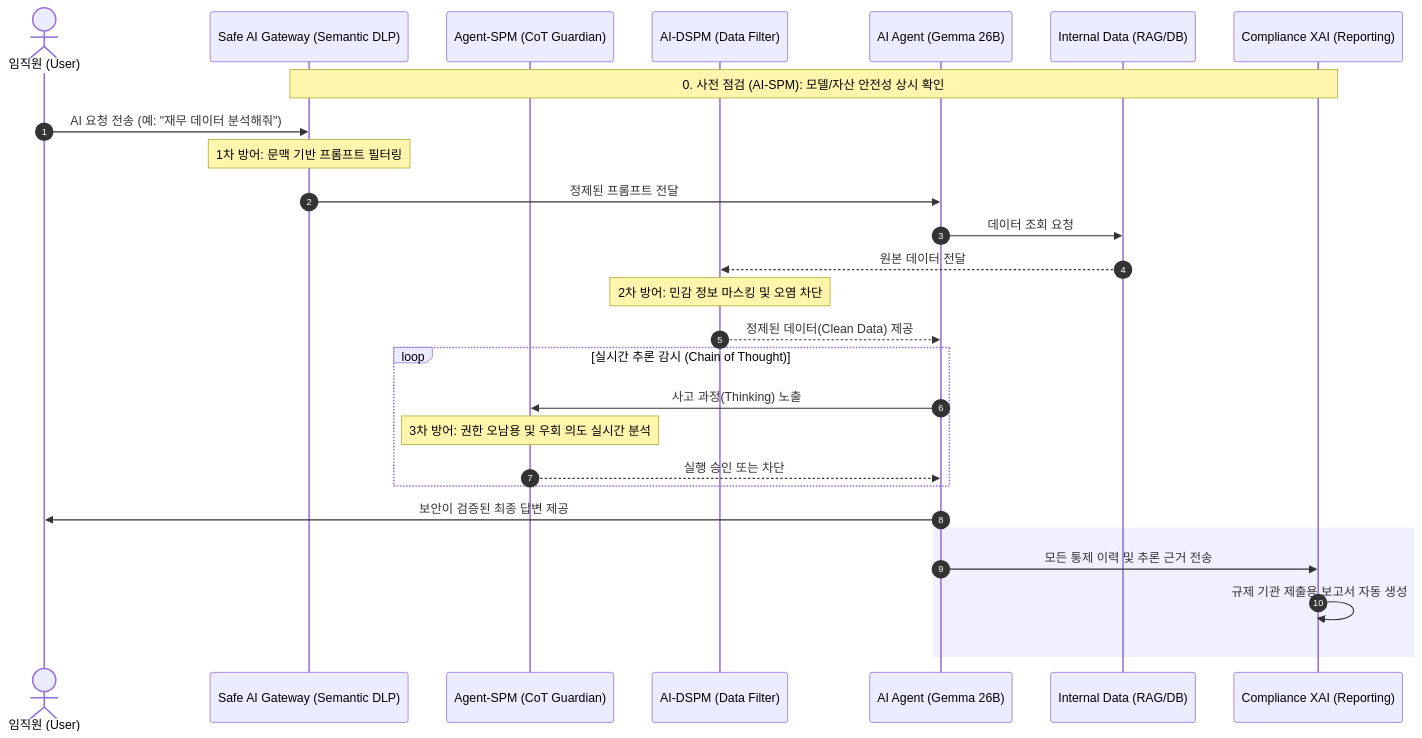
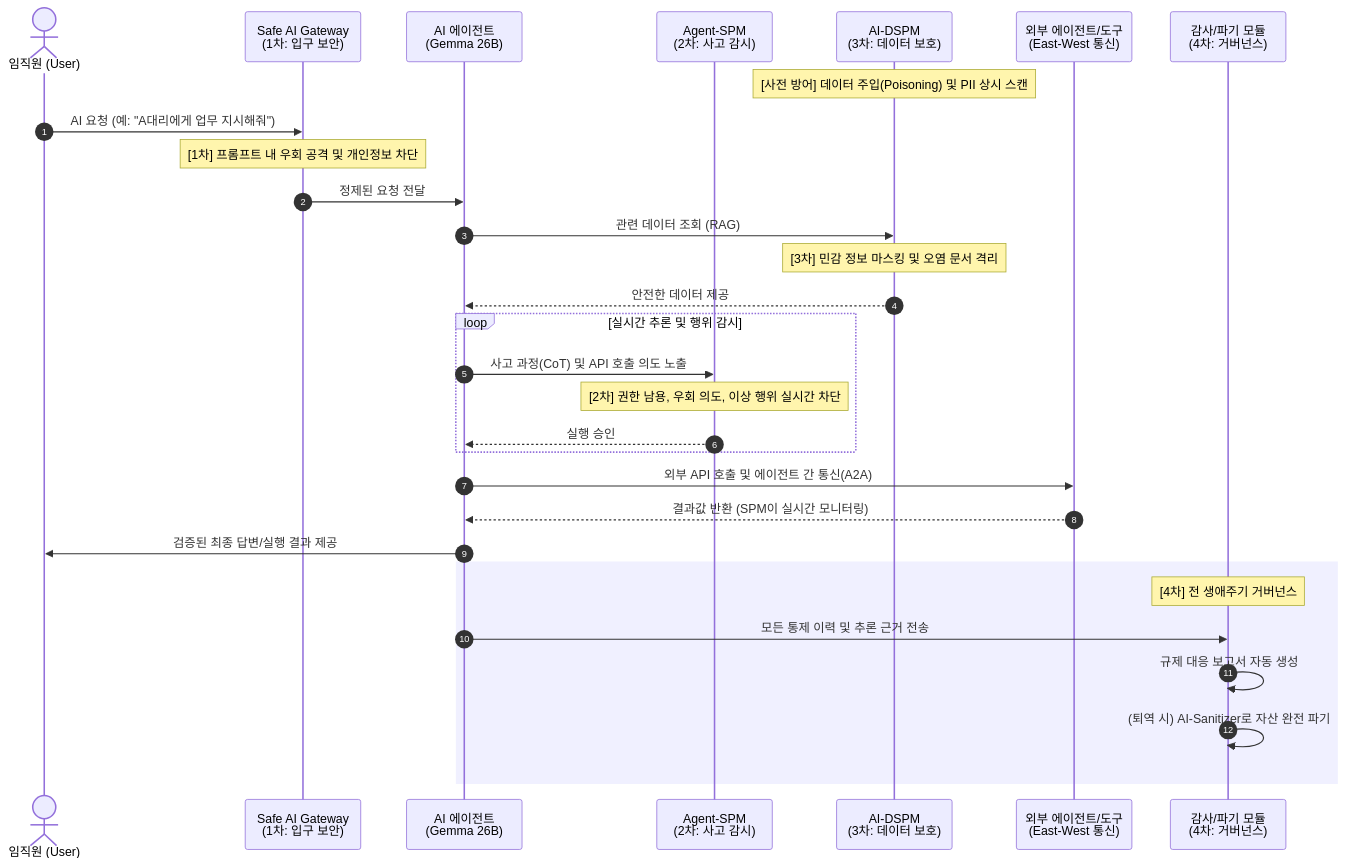
Before and after one commit to flyngcoq/ai_project: the first of 2 diagrams in 40_Projects/Work/Safe_AI/Next_Gen_AI_Security_Strategy.md, drawn with Mermaid. The commit also changed other lines of this file and 7 other files, not shown here.

Commit message:
Update Safe AI strategy, roadmap, and cleanup scripts

````diff
--- a/40_Projects/Work/Safe_AI/Next_Gen_AI_Security_Strategy.md
+++ b/40_Projects/Work/Safe_AI/Next_Gen_AI_Security_Strategy.md
@@ -158,35 +37,40 @@
 ```mermaid
 sequenceDiagram
     autonumber
     actor User as 임직원 (User)
-    participant GW as Safe AI Gateway (Semantic DLP)
-    participant SPM as Agent-SPM (CoT Guardian)
-    participant DSPM as AI-DSPM (Data Filter)
-    participant Agent as AI Agent (Gemma 26B)
-    participant DB as Internal Data (RAG/DB)
-    participant XAI as Compliance XAI (Reporting)
+    participant GW as Safe AI Gateway<br/>(1차: 입구 보안)
+    participant Agent as AI 에이전트<br/>(Gemma 26B)
+    participant SPM as Agent-SPM<br/>(2차: 사고 감시)
+    participant DSPM as AI-DSPM<br/>(3차: 데이터 보호)
+    participant External as 외부 에이전트/도구<br/>(East-West 통신)
+    participant XAI as 감사/파기 모듈<br/>(4차: 거버넌스)
 
-    Note over GW, XAI: 0. 사전 점검 (AI-SPM): 모델/자산 안전성 상시 확인
+    Note over DSPM: [사전 방어] 데이터 주입(Poisoning) 및 PII 상시 스캔
     
-    User->>GW: AI 요청 전송 (예: "재무 데이터 분석해줘")
-    Note over GW: 1차 방어: 문맥 기반 프롬프트 필터링
-    GW->>Agent: 정제된 프롬프트 전달
+    User->>GW: AI 요청 (예: "A대리에게 업무 지시해줘")
+    Note over GW: [1차] 프롬프트 내 우회 공격 및 개인정보 차단
     
-    Agent->>DB: 데이터 조회 요청
-    DB-->>DSPM: 원본 데이터 전달
-    Note over DSPM: 2차 방어: 민감 정보 마스킹 및 오염 차단
-    DSPM-->>Agent: 정제된 데이터(Clean Data) 제공
+    GW->>Agent: 정제된 요청 전달
+    
+    Agent->>DSPM: 관련 데이터 조회 (RAG)
+    Note over DSPM: [3차] 민감 정보 마스킹 및 오염 문서 격리
+    DSPM-->>Agent: 안전한 데이터 제공
+    
+    loop 실시간 추론 및 행위 감시
+        Agent->>SPM: 사고 과정(CoT) 및 API 호출 의도 노출
+        Note over SPM: [2차] 권한 남용, 우회 의도, 이상 행위 실시간 차단
+        SPM-->>Agent: 실행 승인
+    end
 
-    loop 실시간 추론 감시 (Chain of Thought)
-        Agent->>SPM: 사고 과정(Thinking) 노출
-        Note over SPM: 3차 방어: 권한 오남용 및 우회 의도 실시간 분석
-        SPM-->>Agent: 실행 승인 또는 차단
-    end
+    Agent->>External: 외부 API 호출 및 에이전트 간 통신(A2A)
+    External-->>Agent: 결과값 반환 (SPM이 실시간 모니터링)
     
-    Agent->>User: 보안이 검증된 최종 답변 제공
+    Agent->>User: 검증된 최종 답변/실행 결과 제공
     
     rect rgb(240, 240, 255)
+        Note over XAI: [4차] 전 생애주기 거버넌스
         Agent->>XAI: 모든 통제 이력 및 추론 근거 전송
-        XAI->>XAI: 규제 기관 제출용 보고서 자동 생성
+        XAI->>XAI: 규제 대응 보고서 자동 생성
+        XAI->>XAI: (퇴역 시) AI-Sanitizer로 자산 완전 파기
     end
 ```
````
